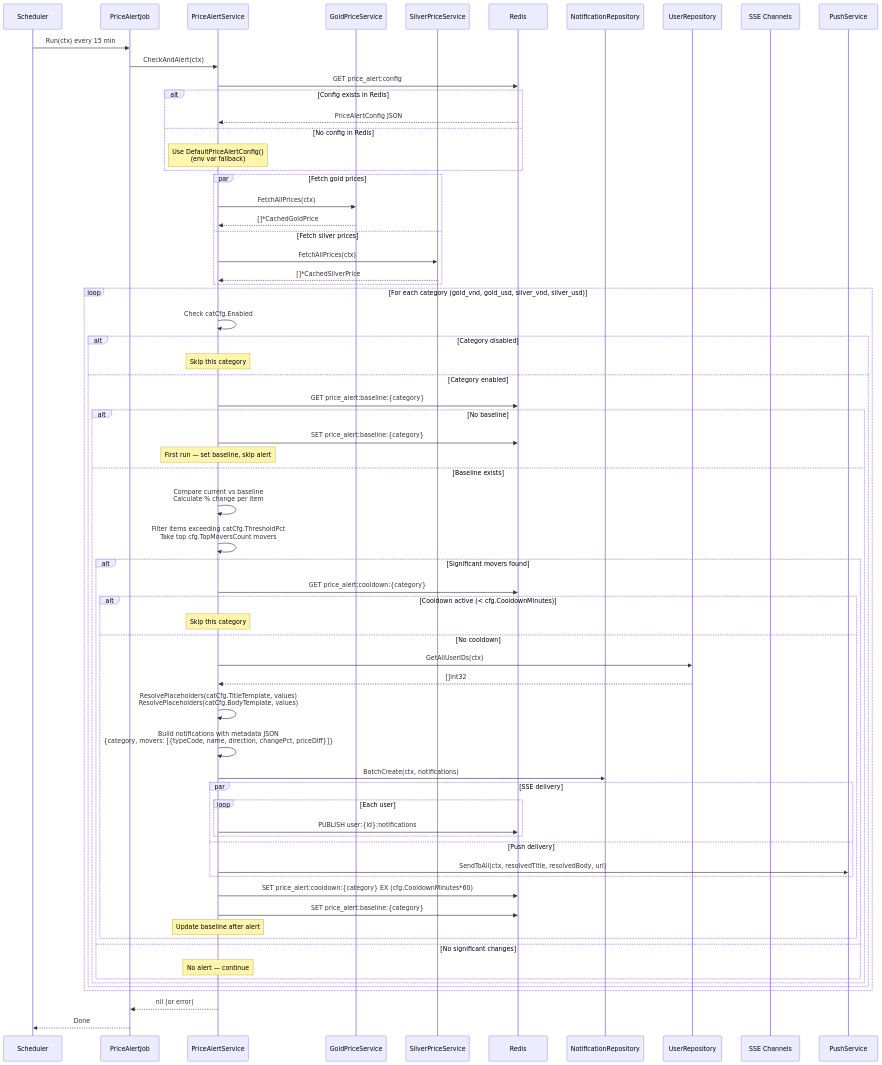
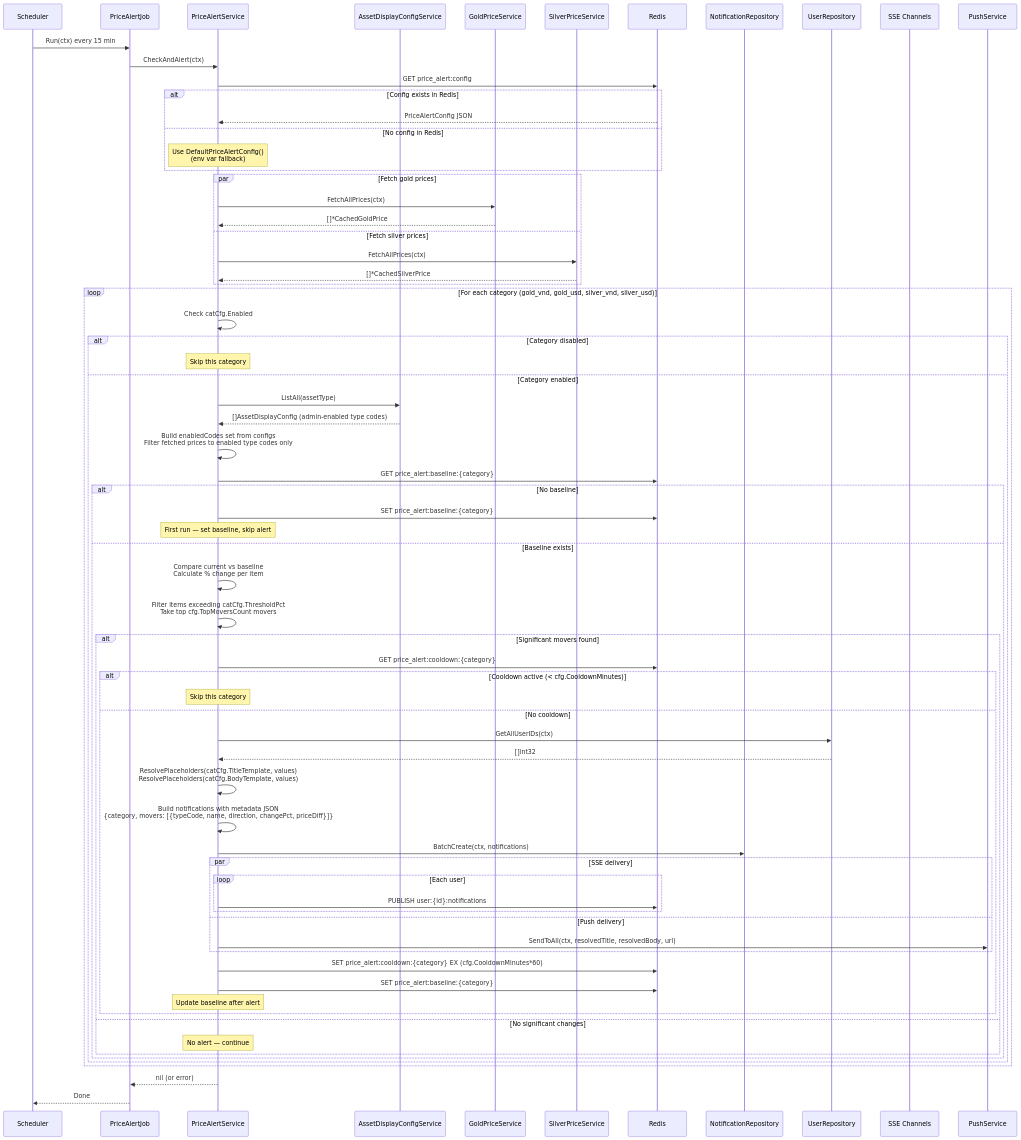
One commit to khanhnq1406/wealth-journey changed the eighth of 20 diagrams in docs/architecture/flow-cross-cutting.md. Above: the diagram before and after it, drawn with Mermaid. The commit also changed other lines of this file and 2 other files, not shown here.

Commit message:
docs(architecture): update C4 + flow diagrams for price alert config filter

````diff
--- a/docs/architecture/flow-cross-cutting.md
+++ b/docs/architecture/flow-cross-cutting.md
@@ -523,78 +523,82 @@
 ```mermaid
 sequenceDiagram
     participant SCH as Scheduler
     participant PAJ as PriceAlertJob
     participant PAS as PriceAlertService
+    participant ADCS as AssetDisplayConfigService
     participant GPS as GoldPriceService
     participant SPS as SilverPriceService
     participant R as Redis
     participant NR as NotificationRepository
     participant UR as UserRepository
     participant SSE as SSE Channels
     participant PUSH as PushService
 
     SCH->>PAJ: Run(ctx) every 15 min
     PAJ->>PAS: CheckAndAlert(ctx)
 
     PAS->>R: GET price_alert:config
     alt Config exists in Redis
         R-->>PAS: PriceAlertConfig JSON
     else No config in Redis
         Note over PAS: Use DefaultPriceAlertConfig()<br/>(env var fallback)
     end
 
     par Fetch gold prices
         PAS->>GPS: FetchAllPrices(ctx)
         GPS-->>PAS: []*CachedGoldPrice
     and Fetch silver prices
         PAS->>SPS: FetchAllPrices(ctx)
         SPS-->>PAS: []*CachedSilverPrice
     end
 
     loop For each category (gold_vnd, gold_usd, silver_vnd, silver_usd)
         PAS->>PAS: Check catCfg.Enabled
         alt Category disabled
             Note over PAS: Skip this category
         else Category enabled
+            PAS->>ADCS: ListAll(assetType)
+            ADCS-->>PAS: []AssetDisplayConfig (admin-enabled type codes)
+            PAS->>PAS: Build enabledCodes set from configs<br/>Filter fetched prices to enabled type codes only
             PAS->>R: GET price_alert:baseline:{category}
             alt No baseline
                 PAS->>R: SET price_alert:baseline:{category}
                 Note over PAS: First run — set baseline, skip alert
             else Baseline exists
                 PAS->>PAS: Compare current vs baseline<br/>Calculate % change per item
                 PAS->>PAS: Filter items exceeding catCfg.ThresholdPct<br/>Take top cfg.TopMoversCount movers
 
                 alt Significant movers found
                     PAS->>R: GET price_alert:cooldown:{category}
                     alt Cooldown active (< cfg.CooldownMinutes)
                         Note over PAS: Skip this category
                     else No cooldown
                         PAS->>UR: GetAllUserIDs(ctx)
                         UR-->>PAS: []int32
 
                         PAS->>PAS: ResolvePlaceholders(catCfg.TitleTemplate, values)<br/>ResolvePlaceholders(catCfg.BodyTemplate, values)
                         PAS->>PAS: Build notifications with metadata JSON<br/>{category, movers: [{typeCode, name, direction, changePct, priceDiff}]}
                         PAS->>NR: BatchCreate(ctx, notifications)
 
                         par SSE delivery
                             loop Each user
                                 PAS->>R: PUBLISH user:{id}:notifications
                             end
                         and Push delivery
                             PAS->>PUSH: SendToAll(ctx, resolvedTitle, resolvedBody, url)
                         end
 
                         PAS->>R: SET price_alert:cooldown:{category} EX (cfg.CooldownMinutes*60)
                         PAS->>R: SET price_alert:baseline:{category}
                         Note over PAS: Update baseline after alert
                     end
                 else No significant changes
                     Note over PAS: No alert — continue
                 end
             end
         end
     end
 
     PAS-->>PAJ: nil (or error)
     PAJ-->>SCH: Done
 ```
````
